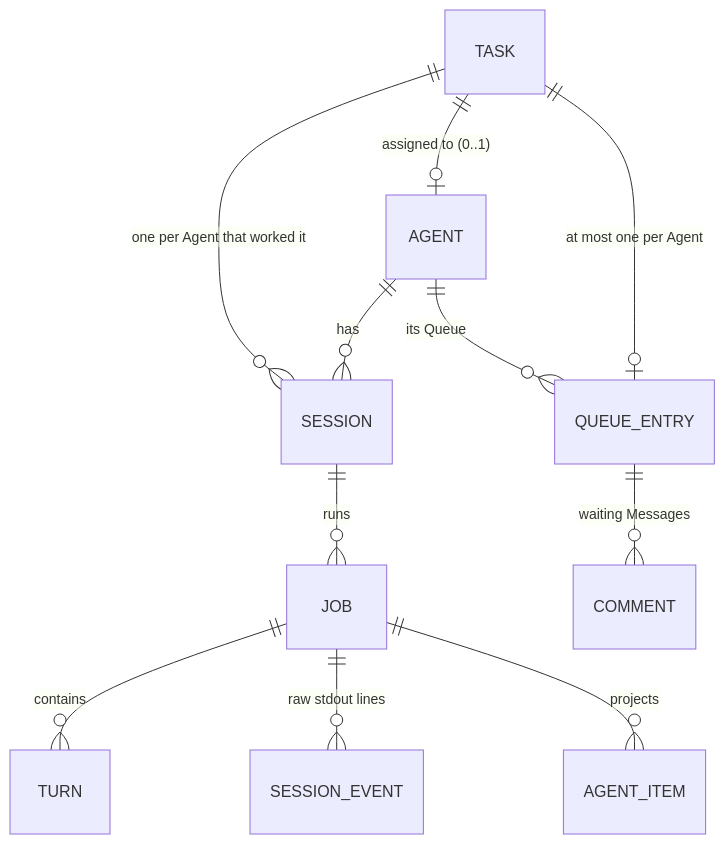
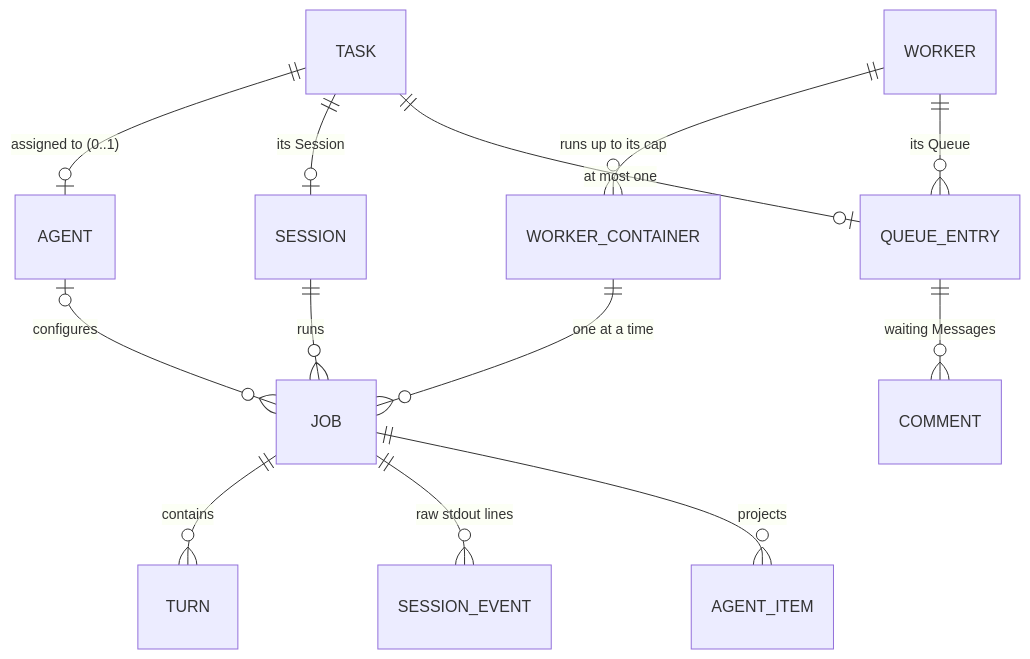
The first of 5 diagrams in docs/specs/agent-sessions.md (mceck/claude-task), drawn with Mermaid before and after one commit. The commit also changed other lines of this file and 95 other files, not shown here.

````diff
--- a/docs/specs/agent-sessions.md
+++ b/docs/specs/agent-sessions.md
@@ -18,13 +20,15 @@
 ```mermaid
 erDiagram
   TASK ||--o| AGENT : "assigned to (0..1)"
-  TASK ||--o{ SESSION : "one per Agent that worked it"
-  AGENT ||--o{ SESSION : has
+  TASK ||--o| SESSION : "its Session"
   SESSION ||--o{ JOB : runs
+  AGENT |o--o{ JOB : "configures"
+  WORKER ||--o{ WORKER_CONTAINER : "runs up to its cap"
+  WORKER_CONTAINER ||--o{ JOB : "one at a time"
   JOB ||--o{ TURN : contains
   JOB ||--o{ SESSION_EVENT : "raw stdout lines"
-  AGENT ||--o{ QUEUE_ENTRY : "its Queue"
-  TASK ||--o| QUEUE_ENTRY : "at most one per Agent"
+  WORKER ||--o{ QUEUE_ENTRY : "its Queue"
+  TASK ||--o| QUEUE_ENTRY : "at most one"
   QUEUE_ENTRY ||--o{ COMMENT : "waiting Messages"
   JOB ||--o{ AGENT_ITEM : projects
 ```
````
